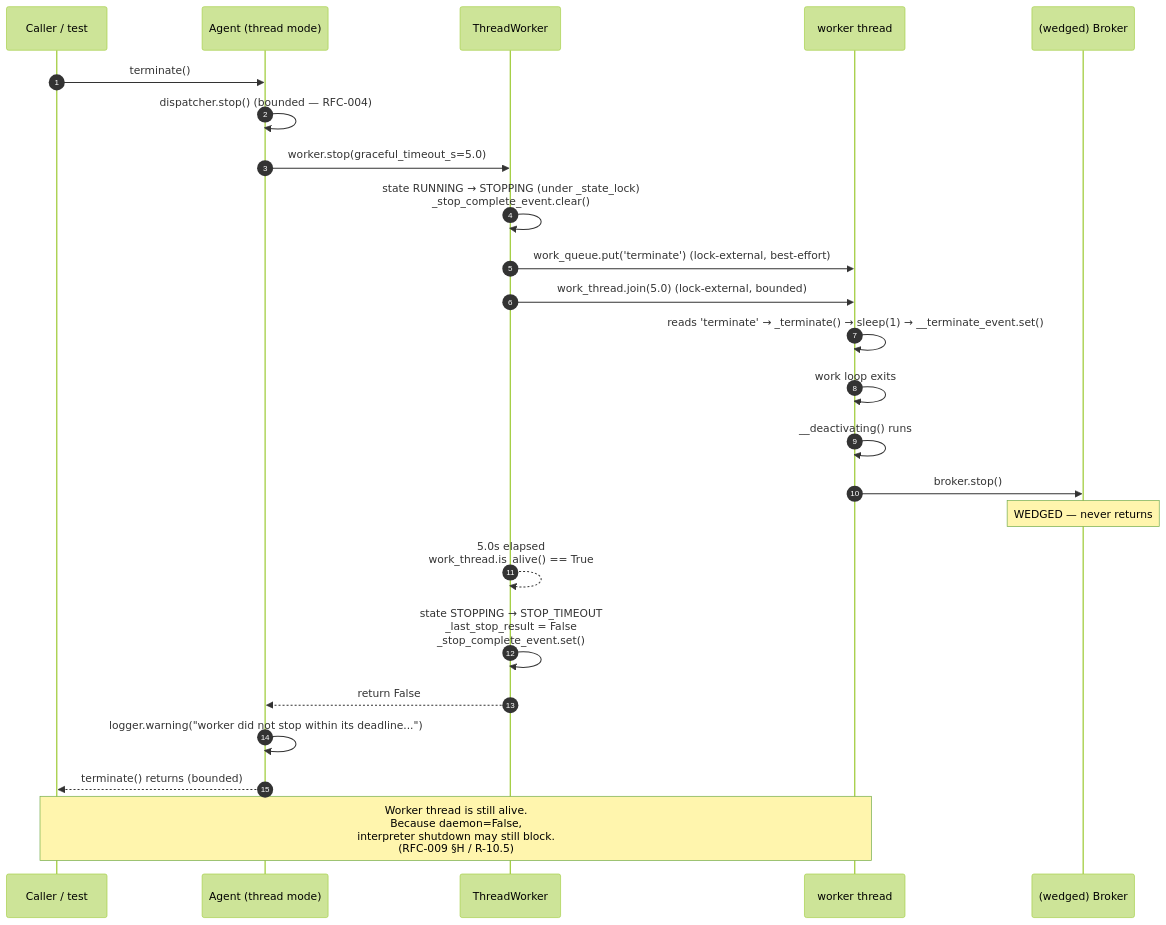
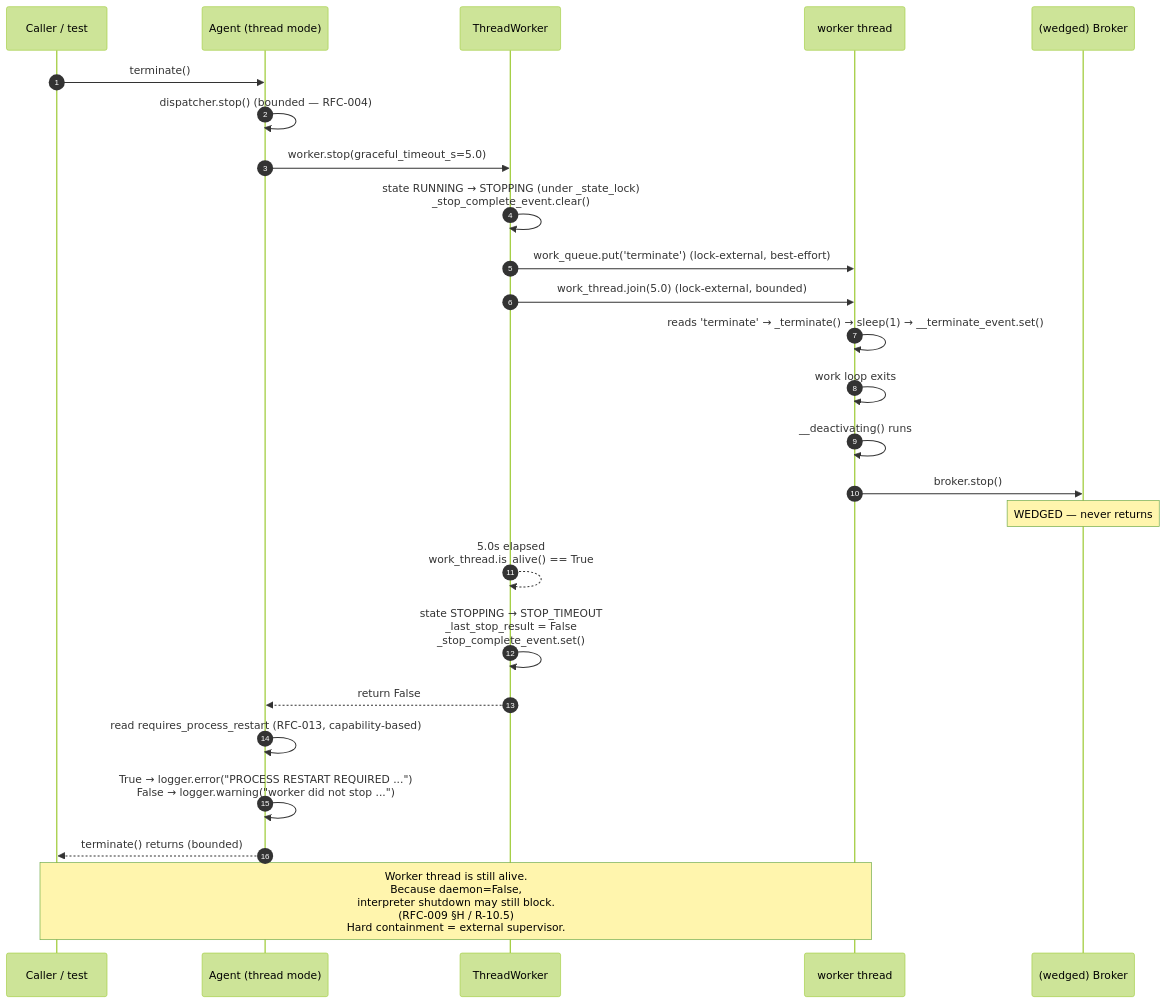
The seventh of 14 diagrams in docs/audit/02-runtime-message-flow.md (mfshiu/AgentFlow), drawn with Mermaid (forest theme) before and after one commit. The commit also changed other lines of this file and 2 other files, not shown here.

Commit message:
docs: record ThreadWorker exit mitigation

````diff
--- a/docs/audit/02-runtime-message-flow.md
+++ b/docs/audit/02-runtime-message-flow.md
@@ -487,26 +494,27 @@
 ```mermaid
 sequenceDiagram
     autonumber
     participant P as Caller / test
     participant A as Agent (thread mode)
     participant TW as ThreadWorker
     participant T as worker thread
     participant B as (wedged) Broker
     P->>A: terminate()
     A->>A: dispatcher.stop()  (bounded — RFC-004)
     A->>TW: worker.stop(graceful_timeout_s=5.0)
     TW->>TW: state RUNNING → STOPPING (under _state_lock)<br/>_stop_complete_event.clear()
     TW->>T: work_queue.put('terminate')  (lock-external, best-effort)
     TW->>T: work_thread.join(5.0)         (lock-external, bounded)
     T->>T: reads 'terminate' → _terminate() → sleep(1) → __terminate_event.set()
     T->>T: work loop exits
     T->>T: __deactivating() runs
     T->>B: broker.stop()
     Note over B: WEDGED — never returns
     TW-->>TW: 5.0s elapsed<br/>work_thread.is_alive() == True
     TW->>TW: state STOPPING → STOP_TIMEOUT<br/>_last_stop_result = False<br/>_stop_complete_event.set()
     TW-->>A: return False
-    A->>A: logger.warning("worker did not stop within its deadline...")
+    A->>A: read requires_process_restart (RFC-013, capability-based)
+    A->>A: True → logger.error("PROCESS RESTART REQUIRED ...")<br/>False → logger.warning("worker did not stop ...")
     A-->>P: terminate() returns (bounded)
-    Note over P,T: Worker thread is still alive.<br/>Because daemon=False,<br/>interpreter shutdown may still block.<br/>(RFC-009 §H / R-10.5)
+    Note over P,T: Worker thread is still alive.<br/>Because daemon=False,<br/>interpreter shutdown may still block.<br/>(RFC-009 §H / R-10.5)<br/>Hard containment = external supervisor.
 ```
````
